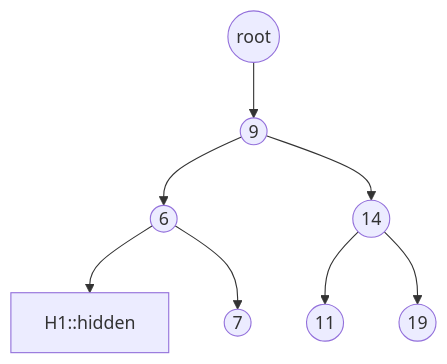
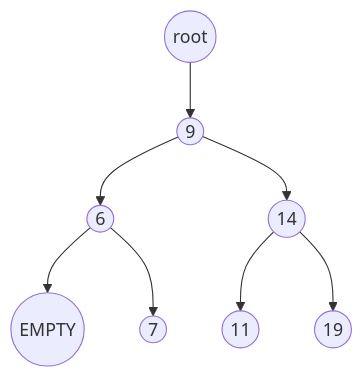
Before and after one commit to jayshozie/ceng301: the second of 4 diagrams in lecture-notes/w07.md, drawn with Mermaid. The commit also changed other lines of this file, not shown here.

````diff
--- a/lecture-notes/w07.md
+++ b/lecture-notes/w07.md
@@ -254,11 +254,11 @@
 ```mermaid
 graph TD
 
 A((root)) --> B((9))
 B((9)) --> C((6))
-C --> H1::hidden
+C --> H1((EMPTY))
 C --> E((7))
 B((9)) --> D((14))
 D --> F((11))
 D --> G((19))
 ```
````
